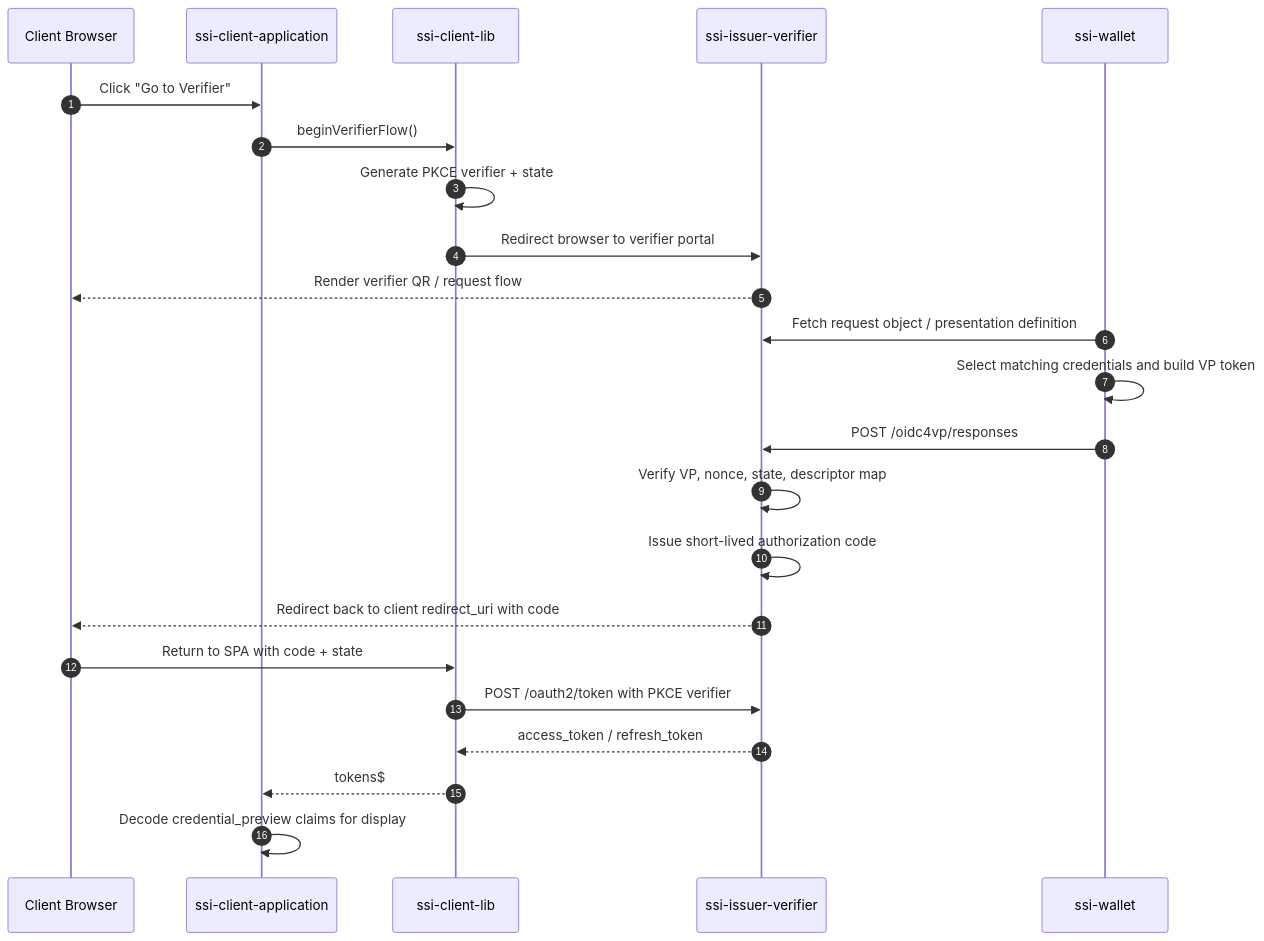
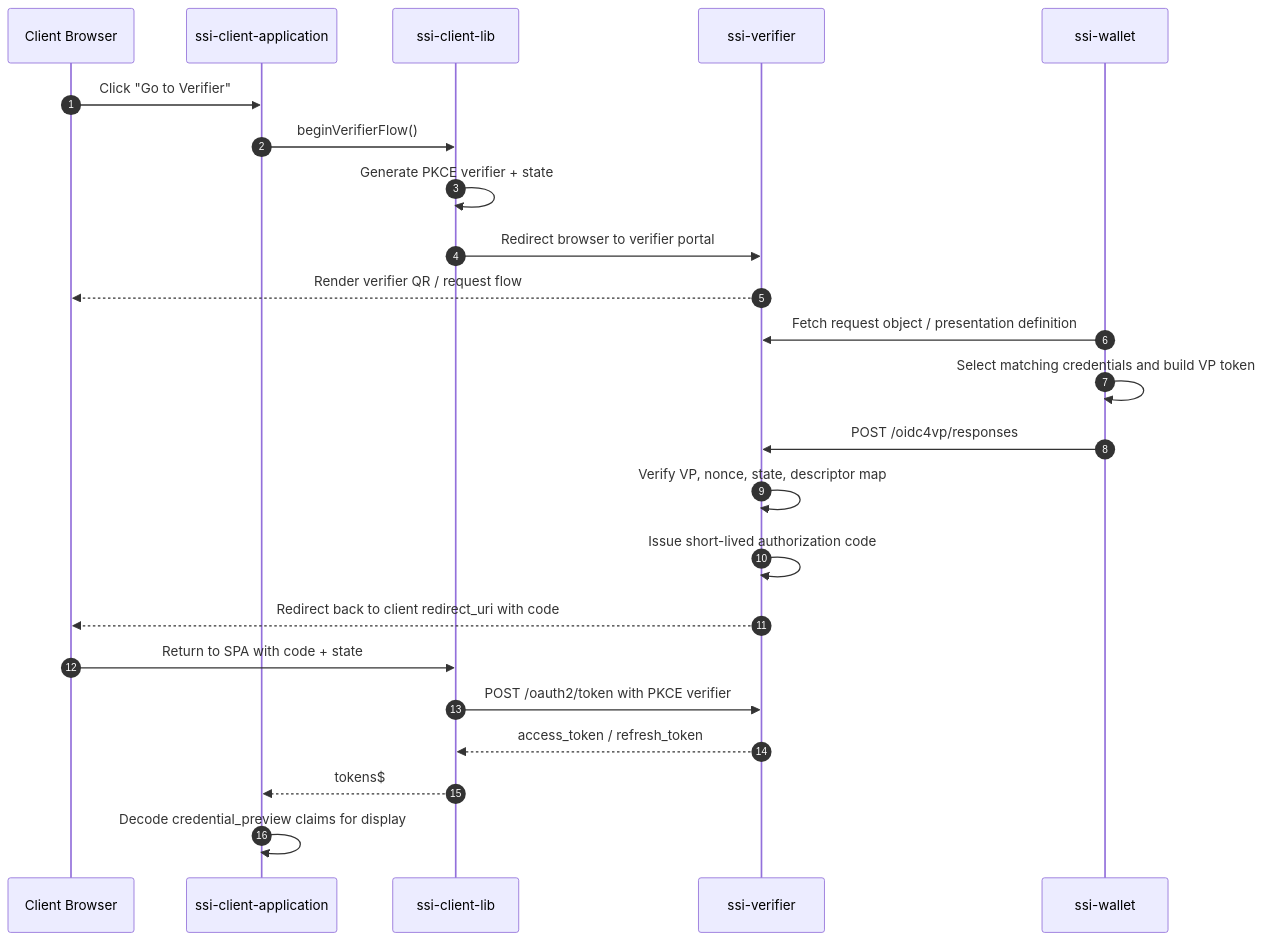
The third of 8 diagrams in README.md (gcassata74/ssi-ecosystem), drawn with Mermaid before and after one commit. The commit also changed other lines of this file and 216 other files, not shown here.

First line of the commit message:
Refactor mono-platform into ssi-issuer and ssi-verifier, add ssi-common; update README and docker-compose

````diff
--- a/README.md
+++ b/README.md
@@ -132,26 +146,26 @@
 ```mermaid
 sequenceDiagram
     autonumber
     participant Browser as Client Browser
     participant Client as ssi-client-application
     participant SDK as ssi-client-lib
-    participant Portal as ssi-issuer-verifier
+    participant Verifier as ssi-verifier
     participant Wallet as ssi-wallet
 
     Browser->>Client: Click "Go to Verifier"
     Client->>SDK: beginVerifierFlow()
     SDK->>SDK: Generate PKCE verifier + state
-    SDK->>Portal: Redirect browser to verifier portal
-    Portal-->>Browser: Render verifier QR / request flow
-    Wallet->>Portal: Fetch request object / presentation definition
+    SDK->>Verifier: Redirect browser to verifier portal
+    Verifier-->>Browser: Render verifier QR / request flow
+    Wallet->>Verifier: Fetch request object / presentation definition
     Wallet->>Wallet: Select matching credentials and build VP token
-    Wallet->>Portal: POST /oidc4vp/responses
-    Portal->>Portal: Verify VP, nonce, state, descriptor map
-    Portal->>Portal: Issue short-lived authorization code
-    Portal-->>Browser: Redirect back to client redirect_uri with code
+    Wallet->>Verifier: POST /oidc4vp/responses
+    Verifier->>Verifier: Verify VP, nonce, state, descriptor map
+    Verifier->>Verifier: Issue short-lived authorization code
+    Verifier-->>Browser: Redirect back to client redirect_uri with code
     Browser->>SDK: Return to SPA with code + state
-    SDK->>Portal: POST /oauth2/token with PKCE verifier
-    Portal-->>SDK: access_token / refresh_token
+    SDK->>Verifier: POST /oauth2/token with PKCE verifier
+    Verifier-->>SDK: access_token / refresh_token
     SDK-->>Client: tokens$
     Client->>Client: Decode credential_preview claims for display
 ```
````
